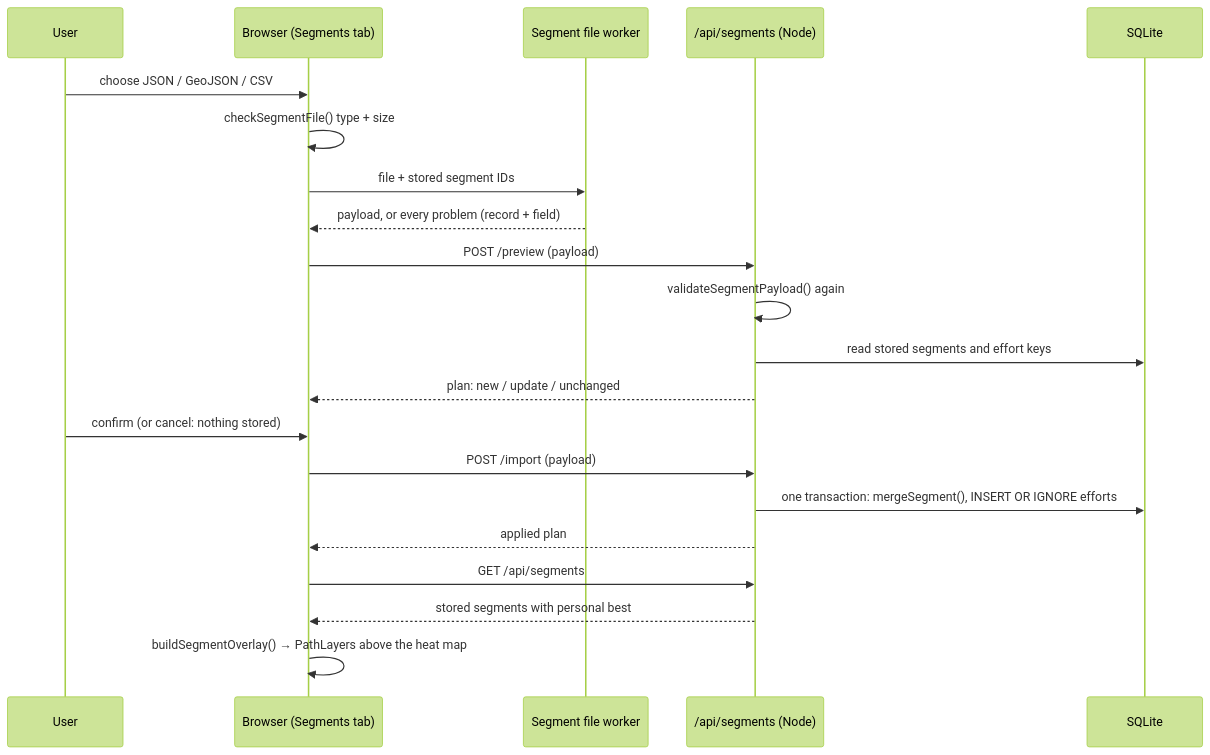
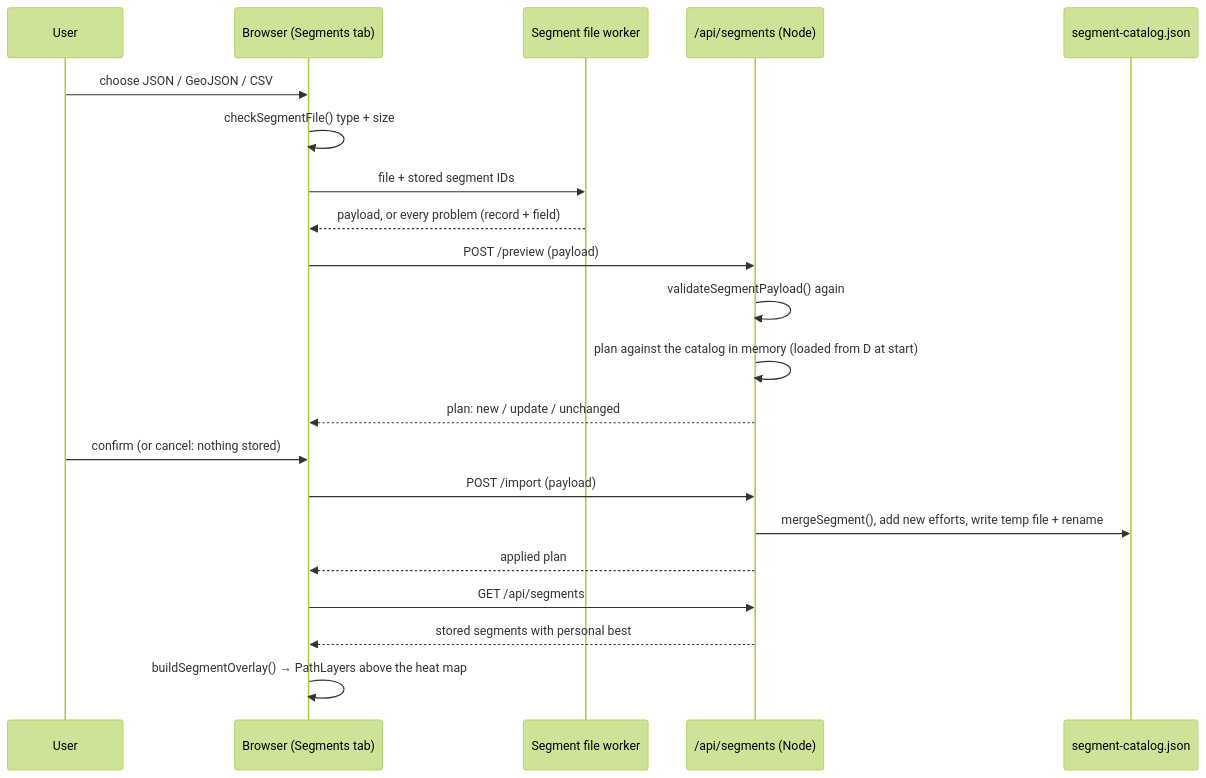
One commit to dilshandbg/pedal-paths changed the third of 3 diagrams in docs/architecture.md. Above: the diagram before and after it, drawn with Mermaid (forest theme). The commit also changed other lines of this file and 36 other files, not shown here.

First line of the commit message:
feat: store segments in a JSON segment catalog (BRD v2.1)

````diff
--- a/docs/architecture.md
+++ b/docs/architecture.md
@@ -126,24 +126,24 @@
 ```mermaid
 sequenceDiagram
     participant U as User
     participant B as Browser (Segments tab)
     participant W as Segment file worker
     participant A as /api/segments (Node)
-    participant D as SQLite
+    participant D as segment-catalog.json
 
     U->>B: choose JSON / GeoJSON / CSV
     B->>B: checkSegmentFile() type + size
     B->>W: file + stored segment IDs
     W-->>B: payload, or every problem (record + field)
     B->>A: POST /preview (payload)
     A->>A: validateSegmentPayload() again
-    A->>D: read stored segments and effort keys
+    A->>A: plan against the catalog in memory (loaded from D at start)
     A-->>B: plan: new / update / unchanged
     U->>B: confirm (or cancel: nothing stored)
     B->>A: POST /import (payload)
-    A->>D: one transaction: mergeSegment(), INSERT OR IGNORE efforts
+    A->>D: mergeSegment(), add new efforts, write temp file + rename
     A-->>B: applied plan
     B->>A: GET /api/segments
     A-->>B: stored segments with personal best
     B->>B: buildSegmentOverlay() → PathLayers above the heat map
 ```
````
